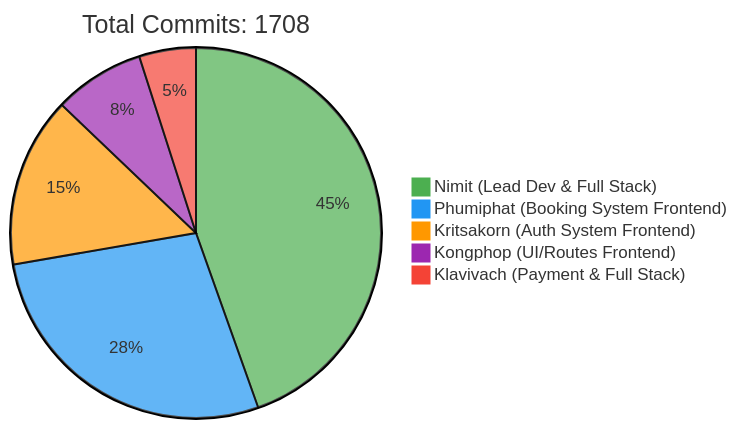
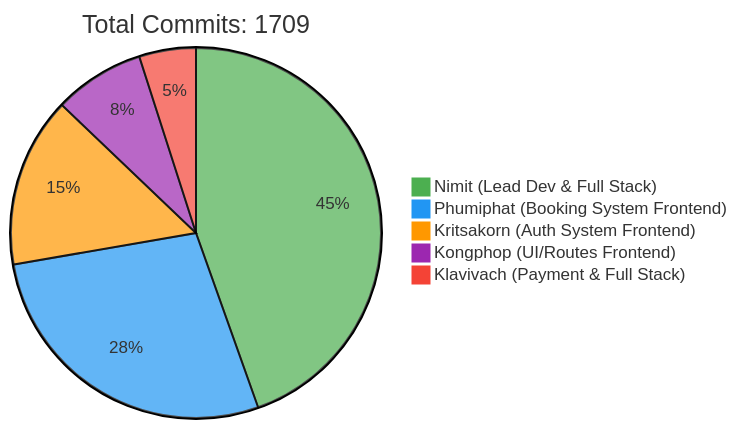
The first of 2 diagrams in README.md (6531503042/Sport-Complex), drawn with Mermaid before and after one commit. The commit also changed other lines of this file, not shown here.

Commit message:
docs: Update contributor statistics [skip ci]

````diff
--- a/README.md
+++ b/README.md
@@ -257,10 +257,10 @@
 ```mermaid
 %%{init: {'theme': 'base', 'themeVariables': { 'pie1': '#4CAF50', 'pie2': '#2196F3', 'pie3': '#FF9800', 'pie4': '#9C27B0', 'pie5': '#F44336'}}}%%
 pie
-    title Total Commits: 1708
+    title Total Commits: 1709
     "Nimit (Lead Dev & Full Stack)" : 450
     "Phumiphat (Booking System Frontend)" : 280
     "Kritsakorn (Auth System Frontend)" : 150
     "Kongphop (UI/Routes Frontend)" : 80
     "Klavivach (Payment & Full Stack)" : 50
 ```
````
